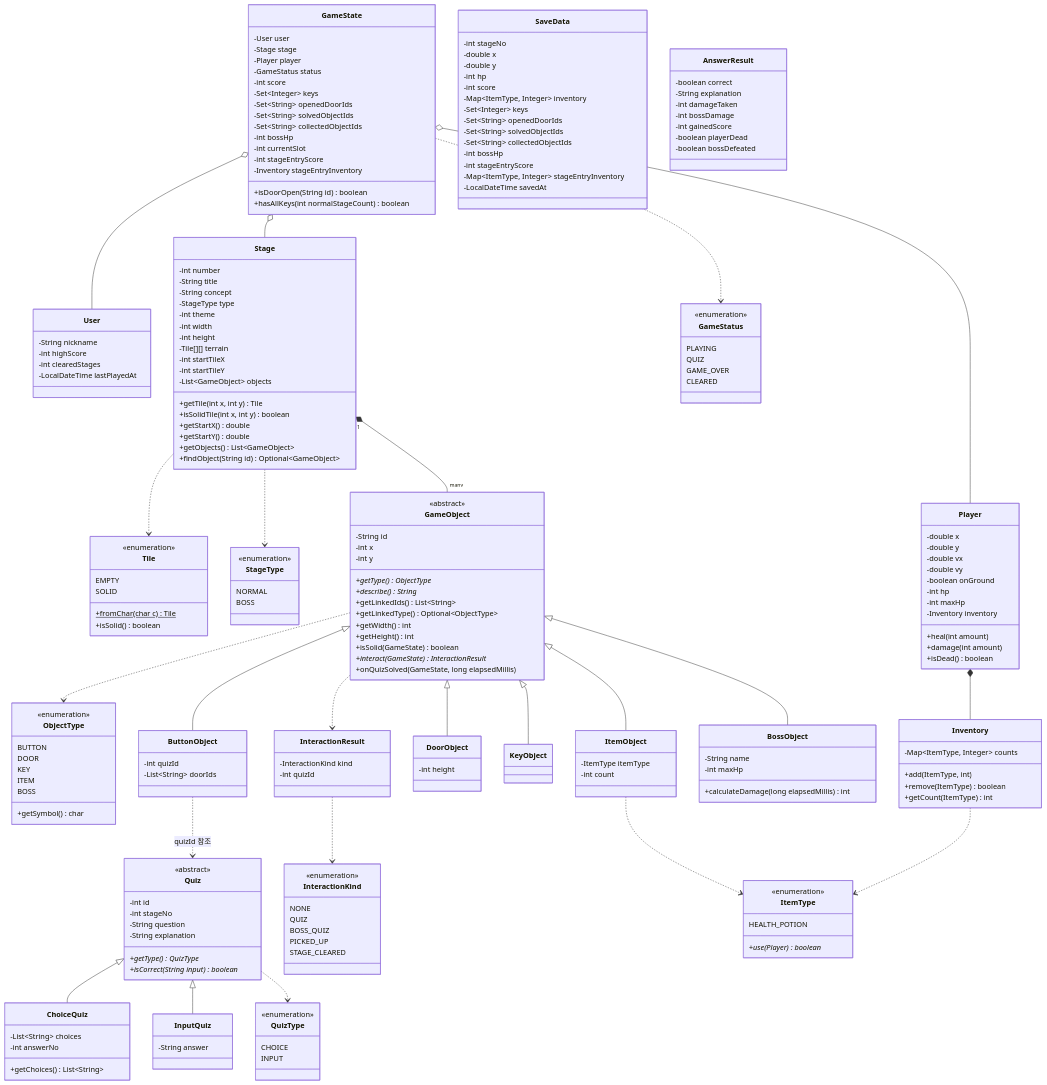
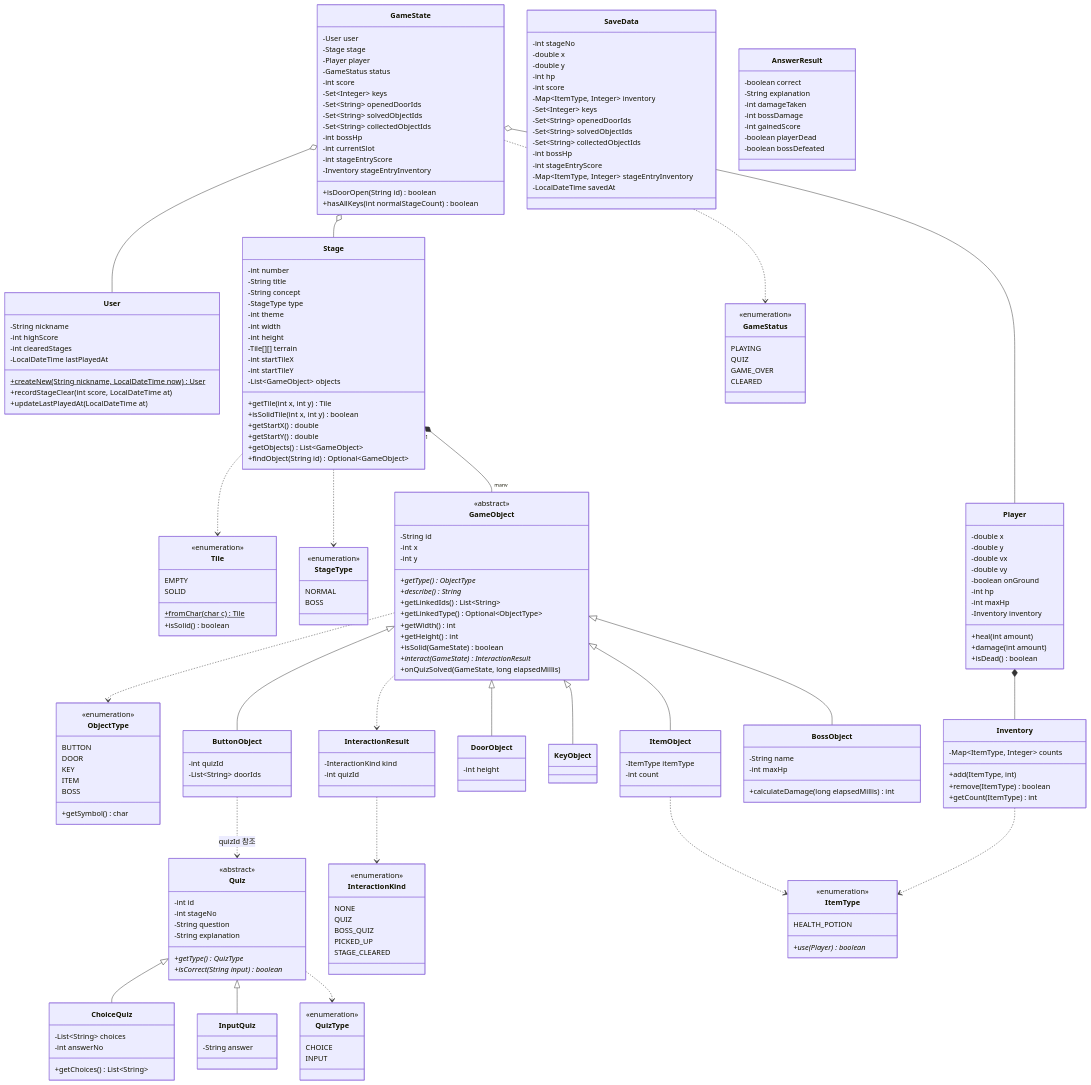
The first of 4 diagrams in docs/class-diagram.md (KGU-Projects/OOP_project), drawn with Mermaid before and after one commit. The commit also changed other lines of this file and 9 other files, not shown here.

```diff
--- a/docs/class-diagram.md
+++ b/docs/class-diagram.md
@@ -47,6 +47,9 @@
         -int highScore
         -int clearedStages
         -LocalDateTime lastPlayedAt
+        +createNew(String nickname, LocalDateTime now) User$
+        +recordStageClear(int score, LocalDateTime at)
+        +updateLastPlayedAt(LocalDateTime at)
     }
 
     class Tile {
```
